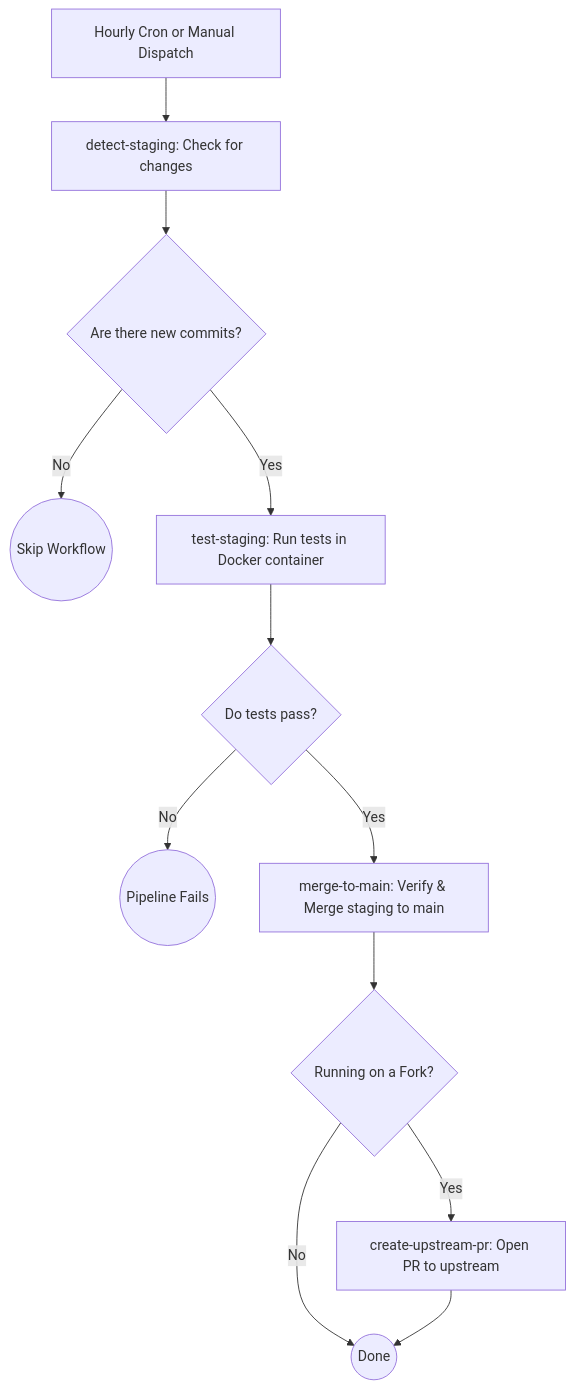
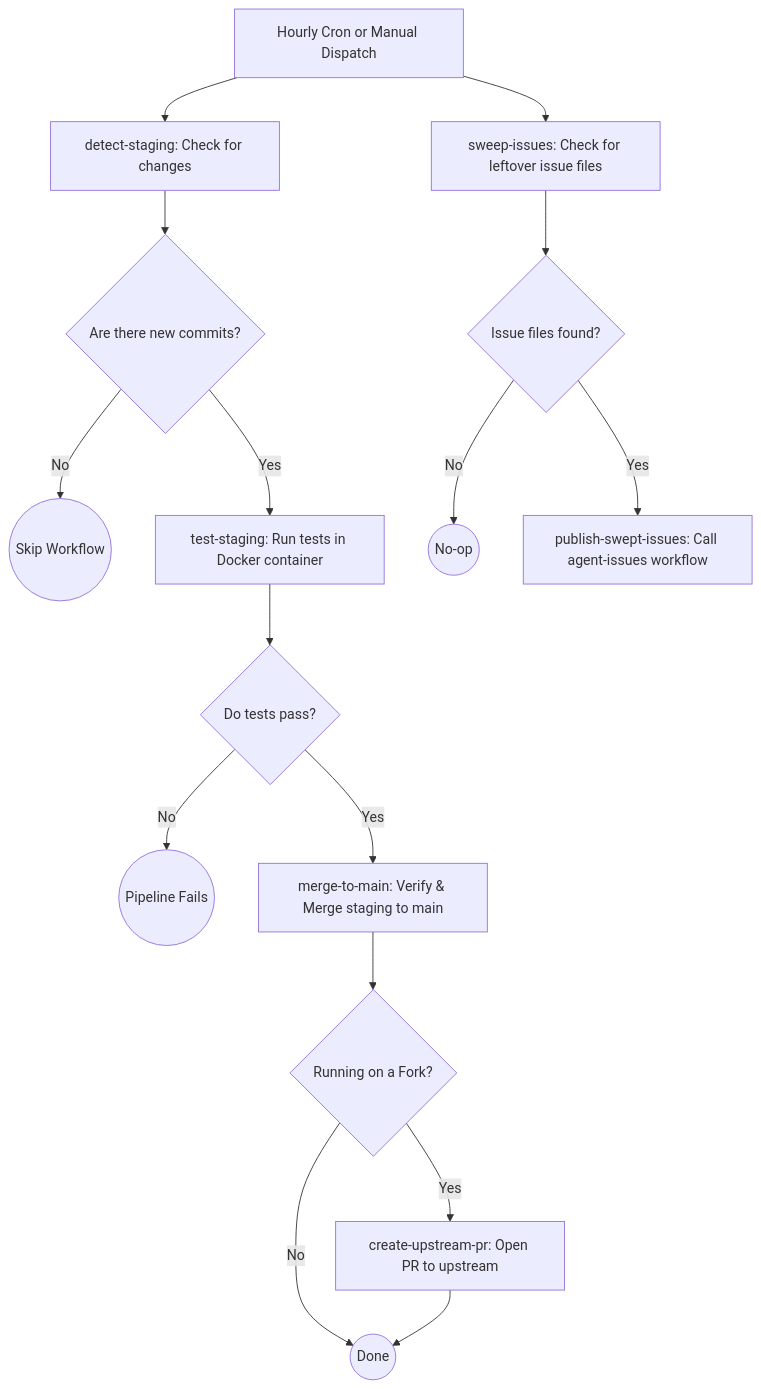
Before and after one commit to LokiMetaSmith/keystone-polyphony: the second of 6 diagrams in docs/ci-cd.md, drawn with Mermaid. The commit also changed other lines of this file and 2 other files, not shown here.

Commit message:
feat: add hourly sweep for leftover issue files on main
- Add workflow_call and workflow_dispatch triggers to agent-issues.yml
- Add sweep-issues job to hourly-merge-main.yml that detects leftover
  .github/issues/*.md files and calls agent-issues.yml to publish them
- Update docs/ci-cd.md diagram to reflect the parallel sweep path

````diff
--- a/docs/ci-cd.md
+++ b/docs/ci-cd.md
@@ -29,14 +29,18 @@
 ```mermaid
 graph TD
     A[Hourly Cron or Manual Dispatch] --> B[detect-staging: Check for changes]
+    A --> S[sweep-issues: Check for leftover issue files]
     B --> C{Are there new commits?}
     C -- No --> Skip((Skip Workflow))
     C -- Yes --> D[test-staging: Run tests in Docker container]
     D --> E{Do tests pass?}
     E -- No --> Fail((Pipeline Fails))
     E -- Yes --> F[merge-to-main: Verify & Merge staging to main]
     F --> G{Running on a Fork?}
     G -- No --> End((Done))
     G -- Yes --> H[create-upstream-pr: Open PR to upstream]
     H --> End
+    S --> T{Issue files found?}
+    T -- No --> Skip2((No-op))
+    T -- Yes --> U[publish-swept-issues: Call agent-issues workflow]
 ```
````
